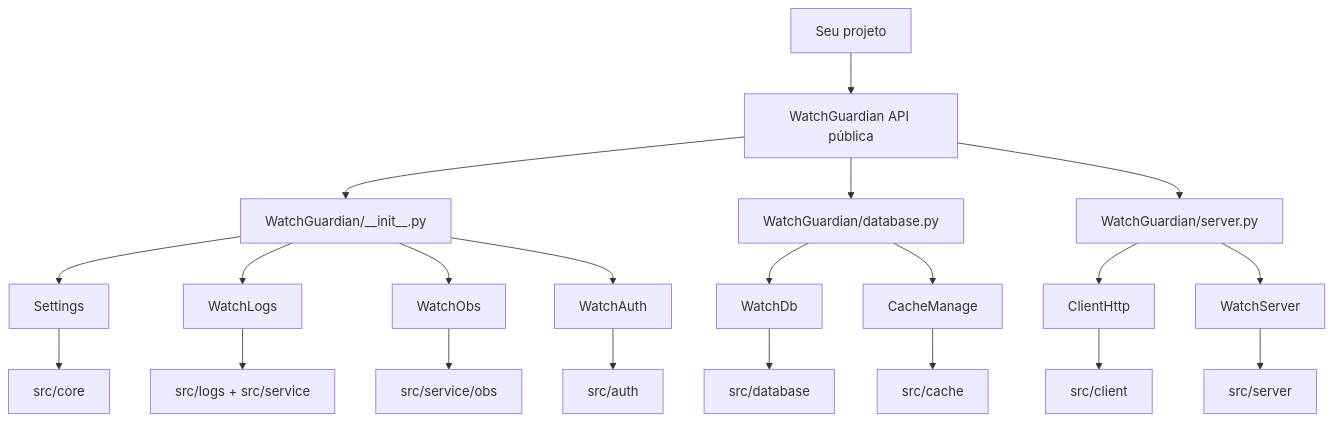
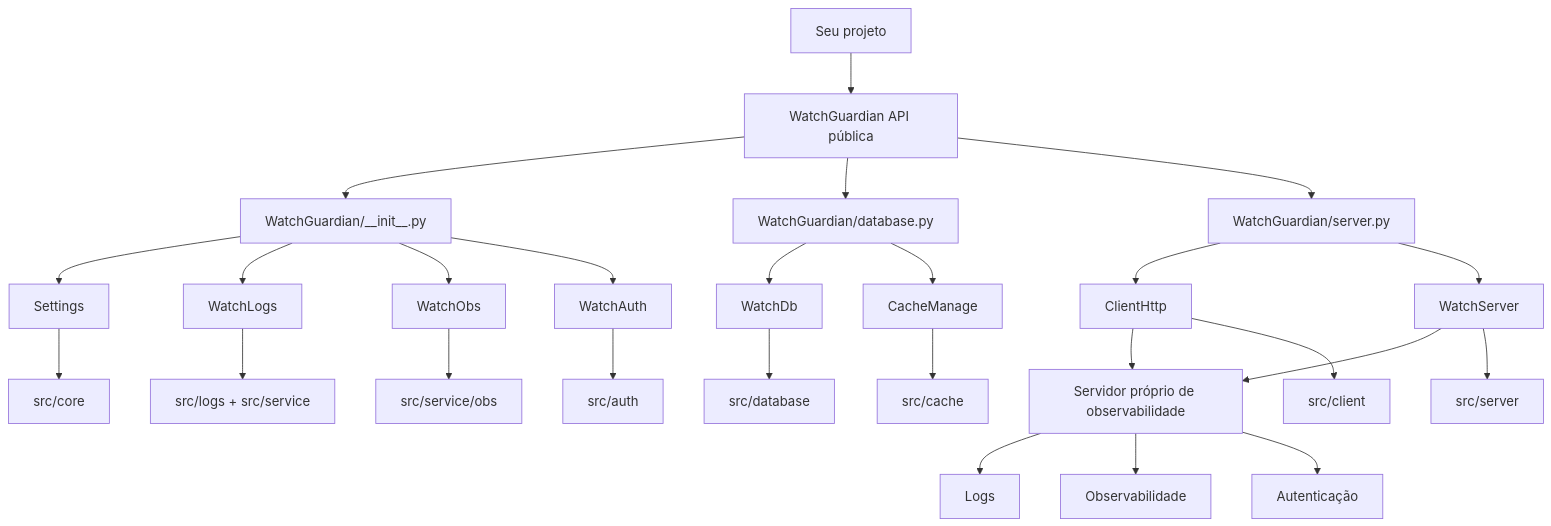
Before and after one commit to BrayanDevZN/WatchGuardian: the diagram in README.md, drawn with Mermaid. The commit also changed other lines of this file, not shown here.

````diff
--- a/README.md
+++ b/README.md
@@ -58,28 +88,34 @@
 ```mermaid
 flowchart TD
     A[Seu projeto] --> B[WatchGuardian API pública]
 
     B --> C[WatchGuardian/__init__.py]
     B --> D[WatchGuardian/database.py]
     B --> E[WatchGuardian/server.py]
 
     C --> F[Settings]
     C --> G[WatchLogs]
     C --> H[WatchObs]
     C --> I[WatchAuth]
 
     D --> J[WatchDb]
     D --> K[CacheManage]
 
     E --> L[ClientHttp]
     E --> M[WatchServer]
 
+    M --> V[Servidor próprio de observabilidade]
+    L --> V
+    V --> W[Logs]
+    V --> X[Observabilidade]
+    V --> Y[Autenticação]
+
     F --> N[src/core]
     G --> O[src/logs + src/service]
     H --> P[src/service/obs]
     I --> Q[src/auth]
     J --> R[src/database]
     K --> S[src/cache]
     L --> T[src/client]
     M --> U[src/server]
 ```
````
